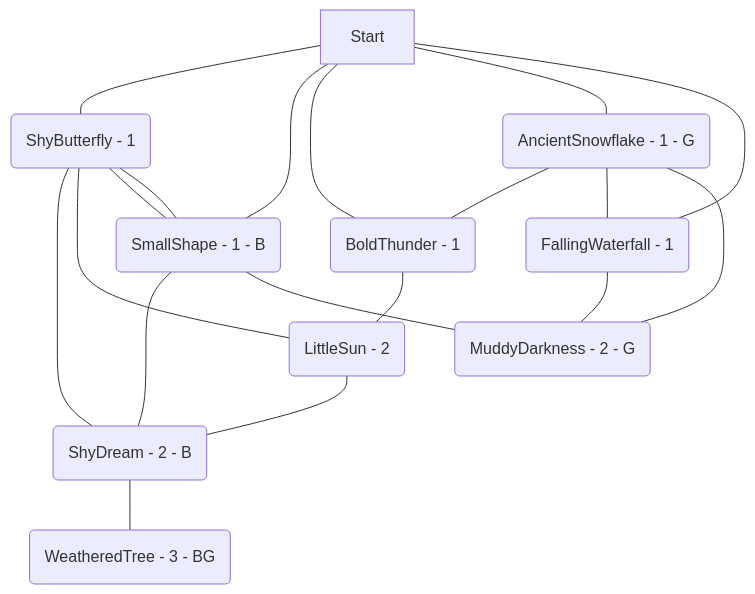
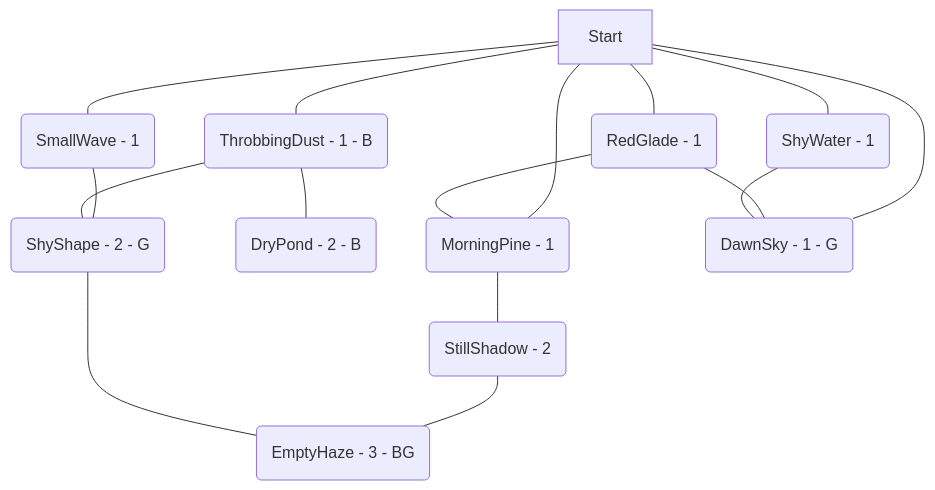
Before and after one commit to kinostl/Automatic-Liberation-Map: the diagram in examples/007.md, drawn with Mermaid. The commit also changed other lines of this file and 9 other files, not shown here.

````diff
--- a/examples/007.md
+++ b/examples/007.md
@@ -3,21 +4,18 @@
 ```mermaid  
 flowchart TD  
-	ilZAQGHc(ShyButterfly - 1) --- pveKxXPY(ShyDream - 2 - B)  
-	aOXxMfnY(AncientSnowflake - 1 - G) --- nKCNyflw(BoldThunder - 1)  
-	Start --- ilZAQGHc(ShyButterfly - 1)  
-	ilZAQGHc(ShyButterfly - 1) --- PulzQDSF(LittleSun - 2)  
-	Start --- XunbrNBQ(SmallShape - 1 - B)  
-	ilZAQGHc(ShyButterfly - 1) --- XunbrNBQ(SmallShape - 1 - B)  
-	aOXxMfnY(AncientSnowflake - 1 - G) --- qcHLFtay(FallingWaterfall - 1)  
-	XunbrNBQ(SmallShape - 1 - B) --- ilZAQGHc(ShyButterfly - 1)  
-	PulzQDSF(LittleSun - 2) --- pveKxXPY(ShyDream - 2 - B)  
-	nKCNyflw(BoldThunder - 1) --- PulzQDSF(LittleSun - 2)  
-	Start --- nKCNyflw(BoldThunder - 1)  
-	pveKxXPY(ShyDream - 2 - B) --- qdRxJhHC(WeatheredTree - 3 - BG)  
-	aOXxMfnY(AncientSnowflake - 1 - G) --- vqIDPmoh(MuddyDarkness - 2 - G)  
-	XunbrNBQ(SmallShape - 1 - B) --- pveKxXPY(ShyDream - 2 - B)  
-	Start --- aOXxMfnY(AncientSnowflake - 1 - G)  
-	qcHLFtay(FallingWaterfall - 1) --- vqIDPmoh(MuddyDarkness - 2 - G)  
-	Start --- qcHLFtay(FallingWaterfall - 1)  
-	XunbrNBQ(SmallShape - 1 - B) --- vqIDPmoh(MuddyDarkness - 2 - G)  
+	Start --- UYDPpyNW(MorningPine - 1)  
+	IJkEuAMD(ThrobbingDust - 1 - B) --- SYItzXeJ(DryPond - 2 - B)  
+	Start --- OCuqZoAH(SmallWave - 1)  
+	OCuqZoAH(SmallWave - 1) --- plJCkztT(ShyShape - 2 - G)  
+	bKRSkFDu(RedGlade - 1) --- UYDPpyNW(MorningPine - 1)  
+	Start --- IJkEuAMD(ThrobbingDust - 1 - B)  
+	IJkEuAMD(ThrobbingDust - 1 - B) --- plJCkztT(ShyShape - 2 - G)  
+	Start --- McjpzygC(DawnSky - 1 - G)  
+	Start --- bKRSkFDu(RedGlade - 1)  
+	Start --- QSArUskz(ShyWater - 1)  
+	bKRSkFDu(RedGlade - 1) --- McjpzygC(DawnSky - 1 - G)  
+	UYDPpyNW(MorningPine - 1) --- FipKCqUD(StillShadow - 2)  
+	FipKCqUD(StillShadow - 2) --- uakFjszR(EmptyHaze - 3 - BG)  
+	QSArUskz(ShyWater - 1) --- McjpzygC(DawnSky - 1 - G)  
+	plJCkztT(ShyShape - 2 - G) --- uakFjszR(EmptyHaze - 3 - BG)  
 ```  
````
